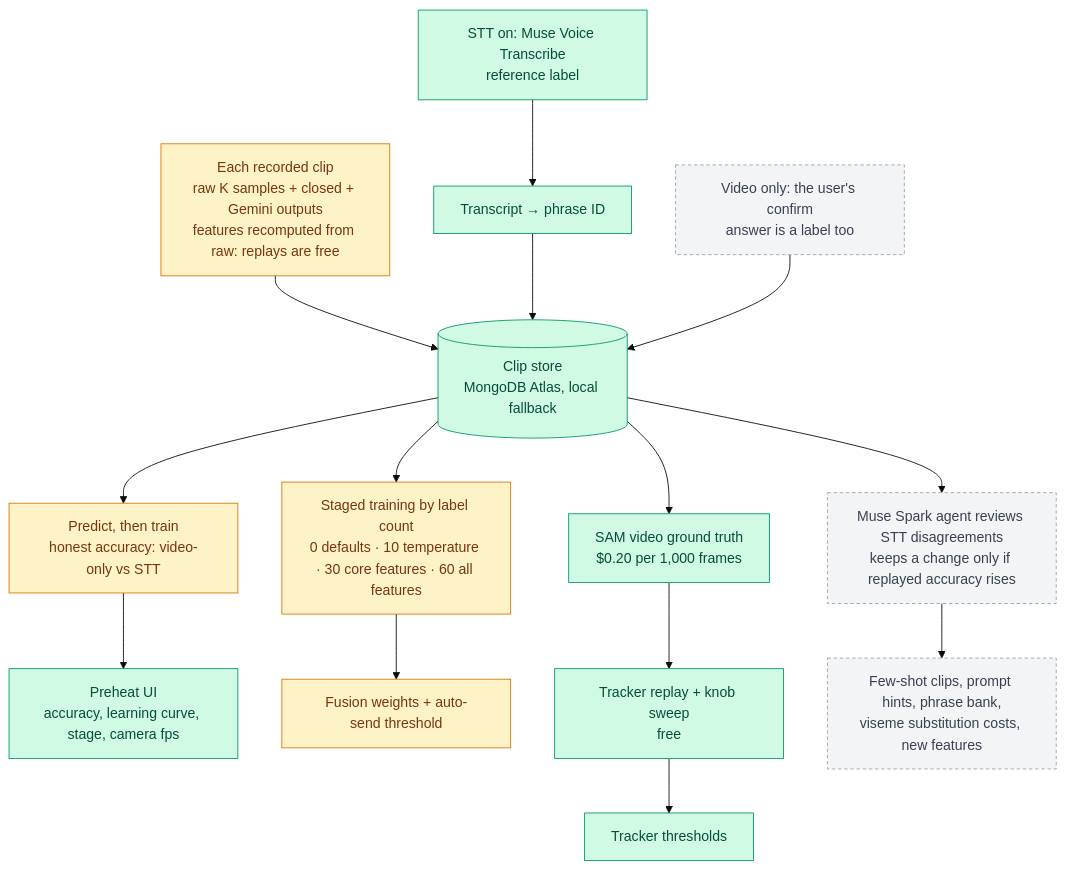
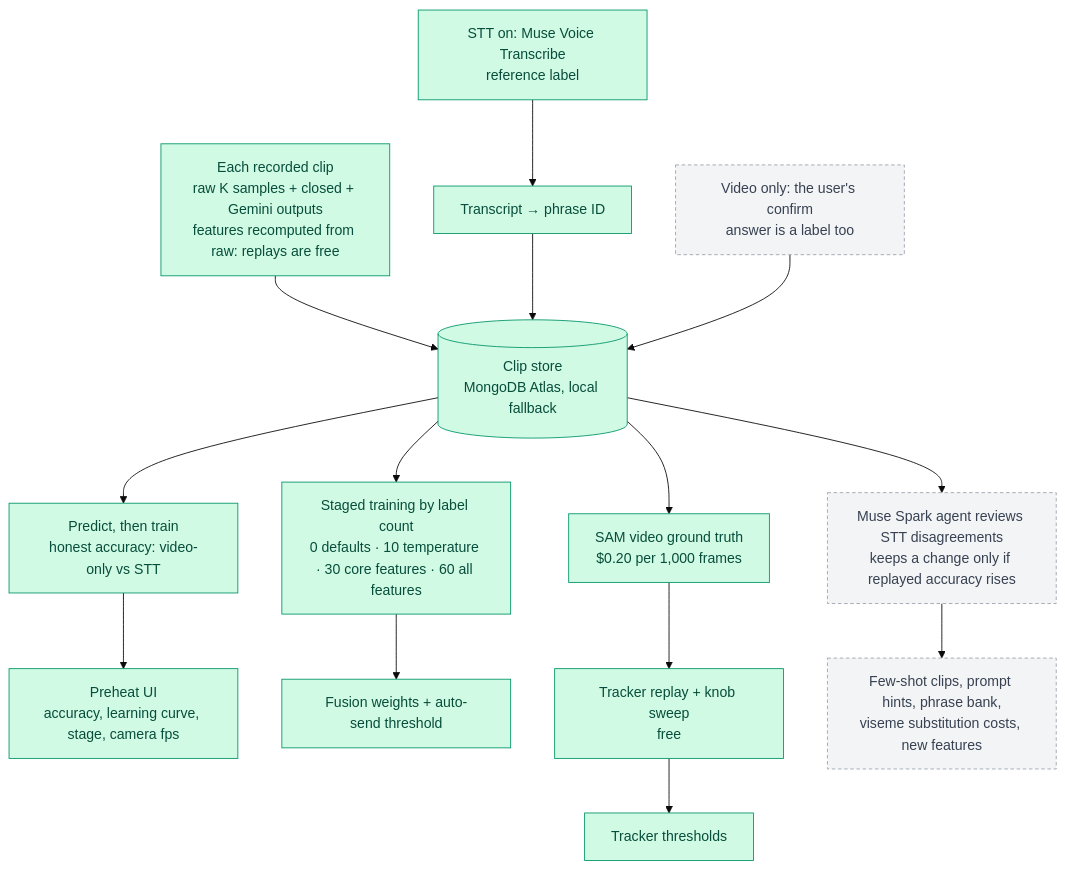
Before and after one commit to Darijan-Ducic/badge-machine: the second of 2 diagrams in docs/pipeline.md, drawn with Mermaid (base theme). The commit also changed other lines of this file, not shown here.

Commit message:
docs: crop, Muse open/closed, pool, features, scorer and raw-output replay are built
Live-verified end to end on one practice clip against Atlas (ingest, /clips list/detail/video, deletion).

````diff
--- a/docs/pipeline.md
+++ b/docs/pipeline.md
@@ -45,35 +44,34 @@
 ```mermaid
 flowchart TD
   CLIP["Each recorded clip<br/>raw K samples + closed + Gemini outputs<br/>features recomputed from raw: replays are free"]
   STT["STT on: Muse Voice Transcribe<br/>reference label"]
   CONF["Video only: the user's confirm<br/>answer is a label too"]
   MATCH["Transcript → phrase ID"]
   STORE[("Clip store<br/>MongoDB Atlas, local fallback")]
 
   PREQ["Predict, then train<br/>honest accuracy: video-only vs STT"]
   UI["Preheat UI<br/>accuracy, learning curve, stage, camera fps"]
   STAGES["Staged training by label count<br/>0 defaults · 10 temperature · 30 core features · 60 all features"]
   FUSE["Fusion weights + auto-send threshold"]
 
   GT["SAM video ground truth<br/>$0.20 per 1,000 frames"]
   REPLAY["Tracker replay + knob sweep<br/>free"]
   KNOBS["Tracker thresholds"]
 
   AGENT["Muse Spark agent reviews STT disagreements<br/>keeps a change only if replayed accuracy rises"]
   PROMPTS["Few-shot clips, prompt hints, phrase bank,<br/>viseme substitution costs, new features"]
 
   CLIP --> STORE
   STT --> MATCH --> STORE
   CONF --> STORE
   STORE --> PREQ --> UI
   STORE --> STAGES --> FUSE
   STORE --> GT --> REPLAY --> KNOBS
   STORE --> AGENT --> PROMPTS
 
   classDef built fill:#d1fae5,stroke:#059669,color:#064e3b
   classDef building fill:#fef3c7,stroke:#d97706,color:#78350f
   classDef planned fill:#f3f4f6,stroke:#9ca3af,color:#374151,stroke-dasharray:4 3
-  class STT,MATCH,GT,STORE,UI,REPLAY,KNOBS built
-  class CLIP,STAGES,PREQ,FUSE building
+  class STT,MATCH,GT,STORE,UI,REPLAY,KNOBS,CLIP,STAGES,PREQ,FUSE built
   class CONF,AGENT,PROMPTS planned
 ```
````
